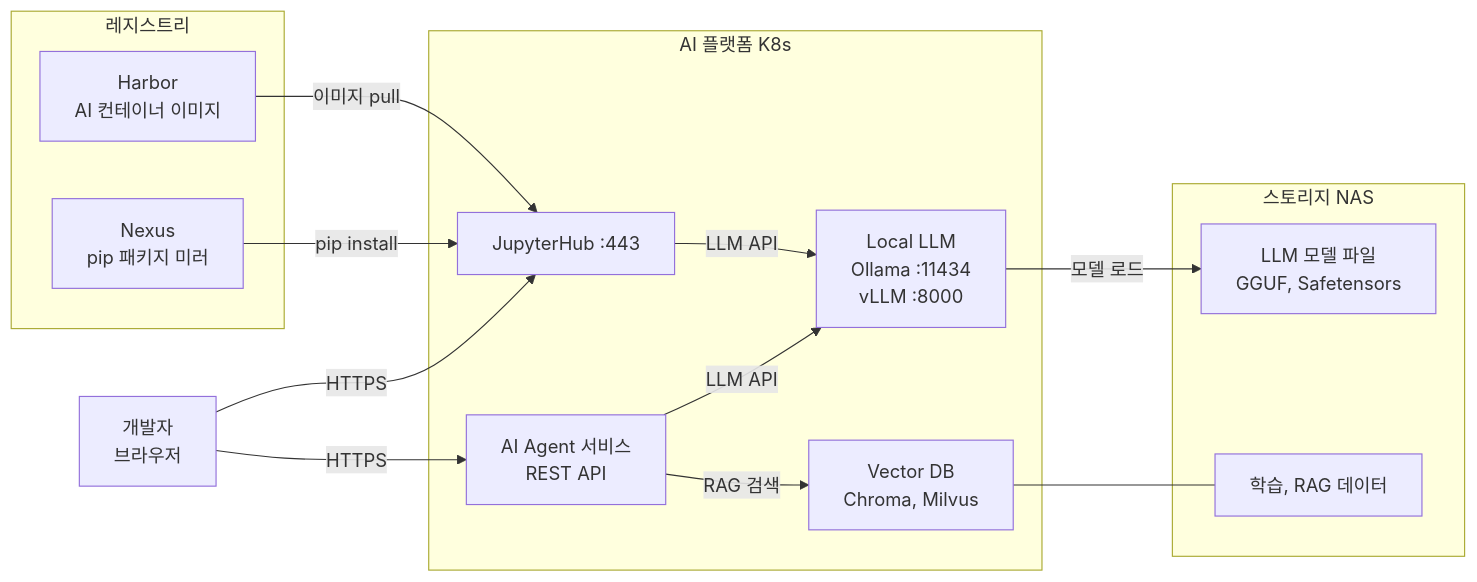
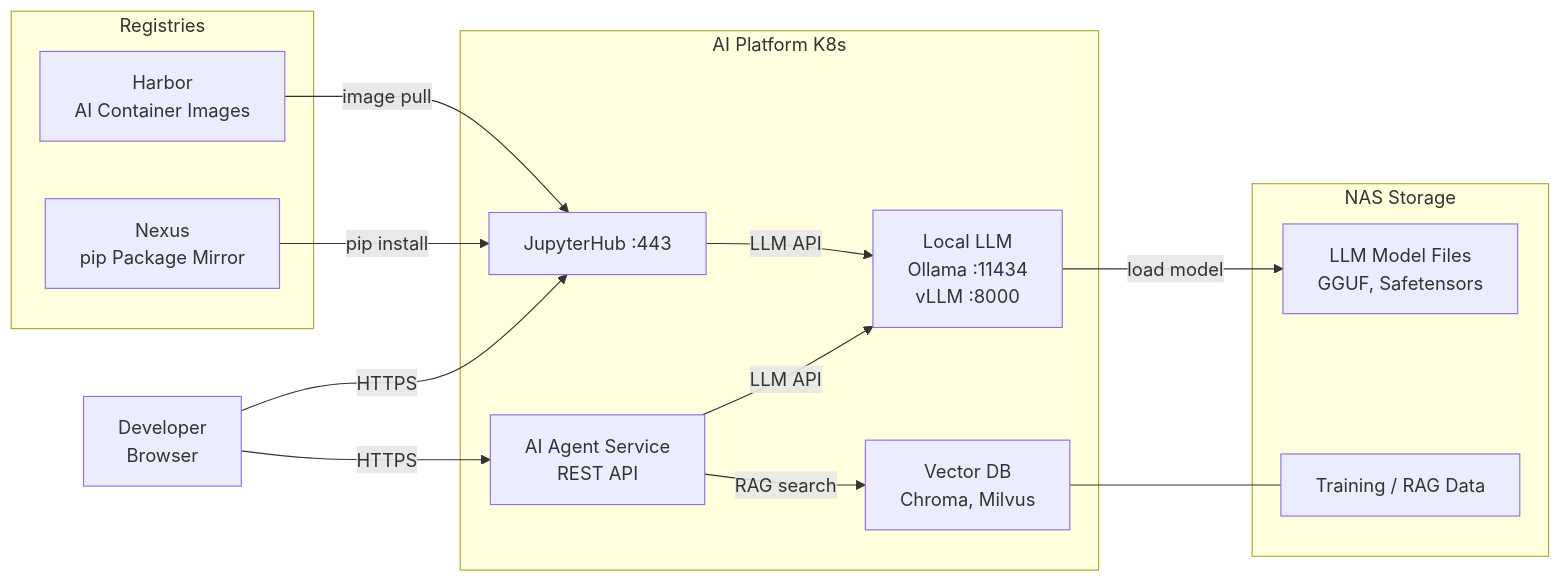
The fourth of 6 diagrams in README.md (edumgt/k8s-jupyter-lab), drawn with Mermaid before and after one commit. The commit also changed other lines of this file and 6 other files, not shown here.

````diff
--- a/README.md
+++ b/README.md
@@ -168,31 +169,31 @@
 ```mermaid
 graph LR
-    BROWSER["개발자\n브라우저"]
+    BROWSER["Developer\nBrowser"]
 
-    subgraph PLATFORM["AI 플랫폼 K8s"]
+    subgraph PLATFORM["AI Platform K8s"]
         JUPYTER_SVC["JupyterHub :443"]
-        AGENT_SVC["AI Agent 서비스\nREST API"]
+        AGENT_SVC["AI Agent Service\nREST API"]
         LLM_SVC["Local LLM\nOllama :11434\nvLLM :8000"]
         VECTOR_DB["Vector DB\nChroma, Milvus"]
     end
 
-    subgraph STORAGE["스토리지 NAS"]
-        MODEL_STORE["LLM 모델 파일\nGGUF, Safetensors"]
-        DATA_STORE["학습, RAG 데이터"]
+    subgraph STORAGE["NAS Storage"]
+        MODEL_STORE["LLM Model Files\nGGUF, Safetensors"]
+        DATA_STORE["Training / RAG Data"]
     end
 
-    subgraph REGISTRY["레지스트리"]
-        HARBOR_REG["Harbor\nAI 컨테이너 이미지"]
-        NEXUS_REG["Nexus\npip 패키지 미러"]
+    subgraph REGISTRY["Registries"]
+        HARBOR_REG["Harbor\nAI Container Images"]
+        NEXUS_REG["Nexus\npip Package Mirror"]
     end
 
     BROWSER -->|"HTTPS"| JUPYTER_SVC
     BROWSER -->|"HTTPS"| AGENT_SVC
     JUPYTER_SVC -->|"LLM API"| LLM_SVC
     AGENT_SVC -->|"LLM API"| LLM_SVC
-    AGENT_SVC -->|"RAG 검색"| VECTOR_DB
-    LLM_SVC -->|"모델 로드"| MODEL_STORE
+    AGENT_SVC -->|"RAG search"| VECTOR_DB
+    LLM_SVC -->|"load model"| MODEL_STORE
     VECTOR_DB --- DATA_STORE
-    HARBOR_REG -->|"이미지 pull"| JUPYTER_SVC
+    HARBOR_REG -->|"image pull"| JUPYTER_SVC
     NEXUS_REG -->|"pip install"| JUPYTER_SVC
 ```
````
